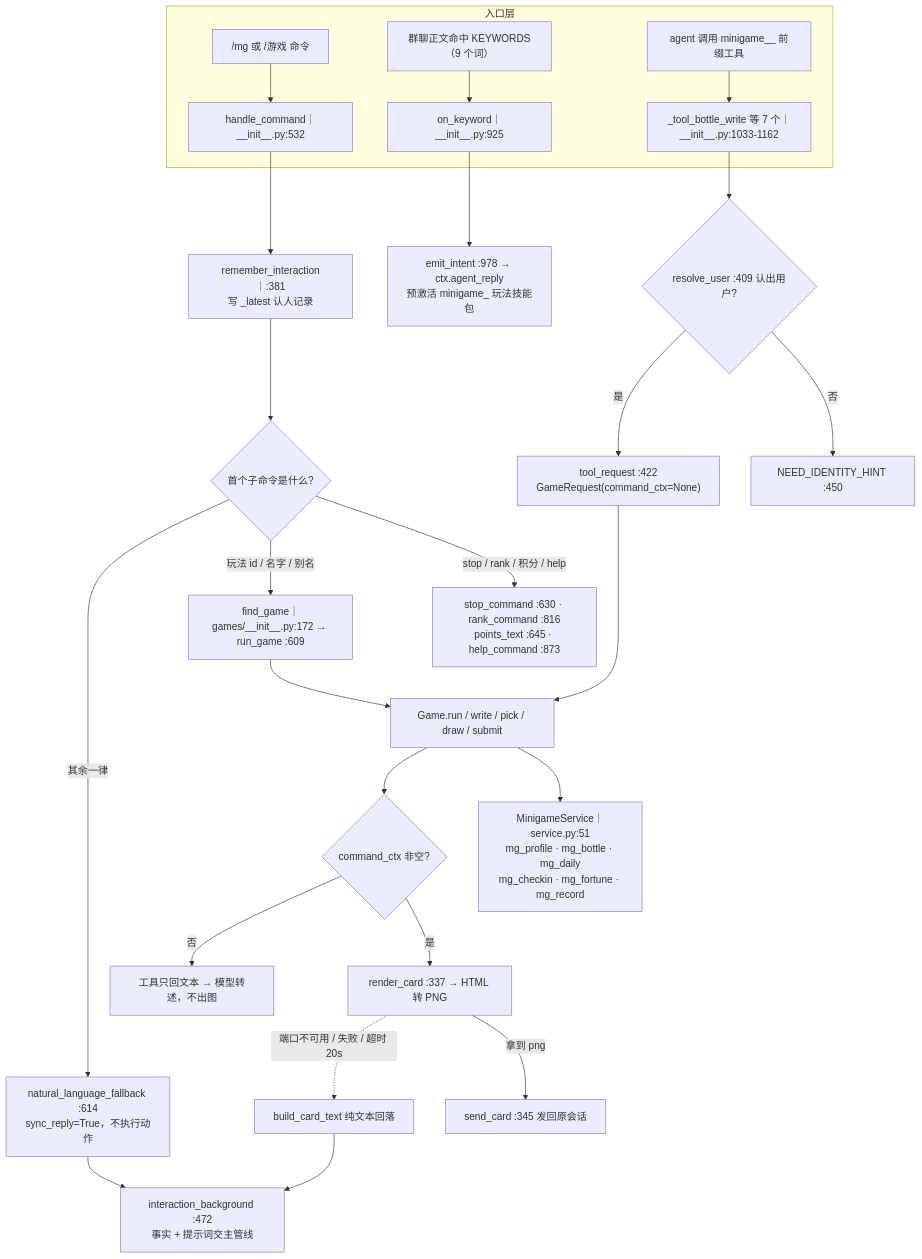
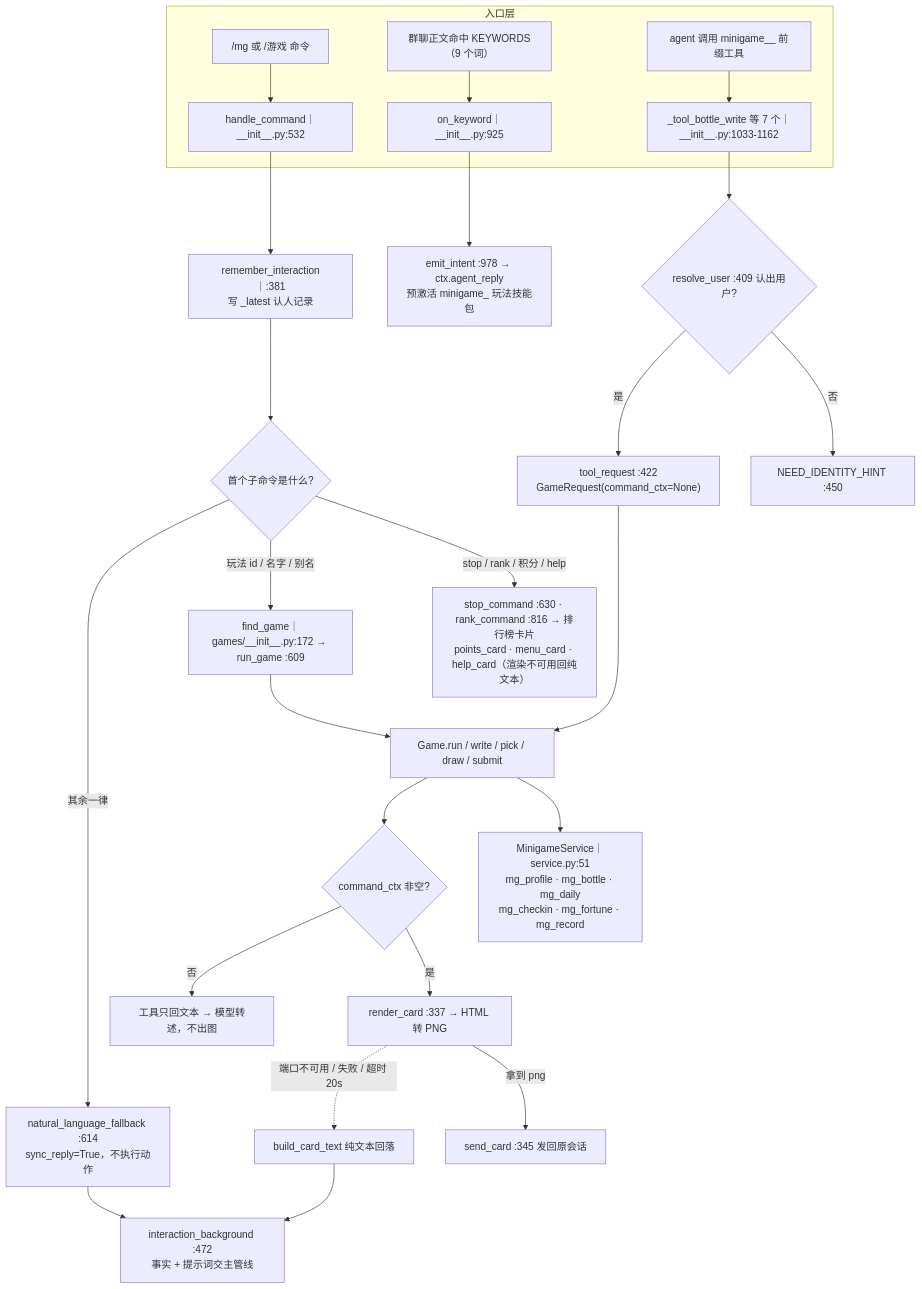
One commit to SuperQuail/NeoBot changed the first of 13 diagrams in docs/flow/11-minigame.md. Above: the diagram before and after it, drawn with Mermaid. The commit also changed other lines of this file and 4 other files, not shown here.

````diff
--- a/docs/flow/11-minigame.md
+++ b/docs/flow/11-minigame.md
@@ -38,27 +42,27 @@
 ```mermaid
 flowchart TD
     subgraph 入口层
         A["/mg 或 /游戏 命令"] --> B["handle_command｜__init__.py:532"]
         K0["群聊正文命中 KEYWORDS（9 个词）"] --> K1["on_keyword｜__init__.py:925"]
         T0["agent 调用 minigame__ 前缀工具"] --> T1["_tool_bottle_write 等 7 个｜__init__.py:1033-1162"]
     end
     B --> C["remember_interaction｜:381<br/>写 _latest 认人记录"]
     C --> D{"首个子命令是什么?"}
-    D -- "stop / rank / 积分 / help" --> E["stop_command :630 · rank_command :816<br/>points_text :645 · help_command :873"]
+    D -- "stop / rank / 积分 / help" --> E["stop_command :630 · rank_command :816 → 排行榜卡片<br/>points_card · menu_card · help_card（渲染不可用回纯文本）"]
     D -- "玩法 id / 名字 / 别名" --> F["find_game｜games/__init__.py:172 → run_game :609"]
     D -- "其余一律" --> G["natural_language_fallback :614<br/>sync_reply=True，不执行动作"]
     T1 --> H{"resolve_user :409 认出用户?"}
     H -- 否 --> H1["NEED_IDENTITY_HINT :450"]
     H -- 是 --> I["tool_request :422<br/>GameRequest(command_ctx=None)"]
     F --> J["Game.run / write / pick / draw / submit"]
     I --> J
     J --> S["MinigameService｜service.py:51<br/>mg_profile · mg_bottle · mg_daily<br/>mg_checkin · mg_fortune · mg_record"]
     J --> R{"command_ctx 非空?"}
     R -- 是 --> R1["render_card :337 → HTML 转 PNG"]
     R1 -- "拿到 png" --> R2["send_card :345 发回原会话"]
     R1 -. "端口不可用 / 失败 / 超时 20s" .-> R3["build_card_text 纯文本回落"]
     R -- 否 --> R4["工具只回文本 → 模型转述，不出图"]
     K1 --> K2["emit_intent :978 → ctx.agent_reply<br/>预激活 minigame_ 玩法技能包"]
     G --> AG["interaction_background :472<br/>事实 + 提示词交主管线"]
     R3 --> AG
 ```
````
